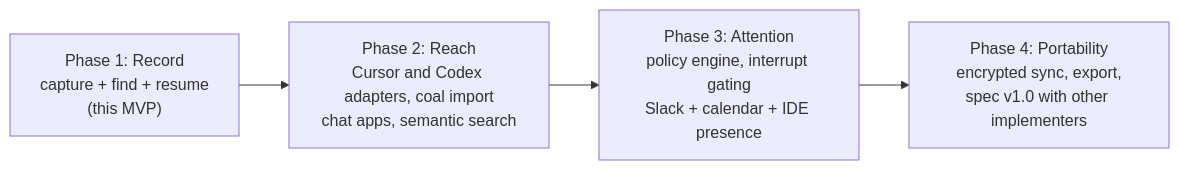
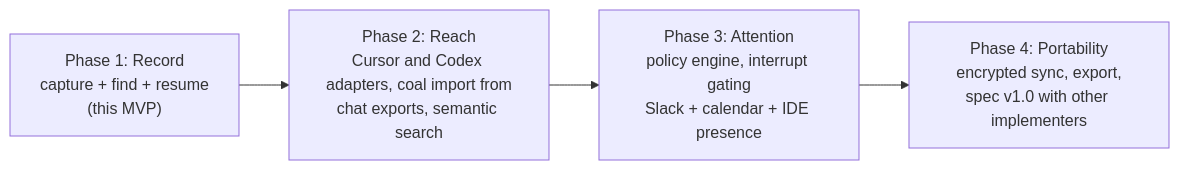
Before and after one commit to calebtonn/coal: the seventh of 7 diagrams in docs/03-ARCHITECTURE.md, drawn with Mermaid. The commit also changed other lines of this file and 12 other files, not shown here.

````diff
--- a/docs/03-ARCHITECTURE.md
+++ b/docs/03-ARCHITECTURE.md
@@ -245,8 +245,8 @@
 ```mermaid
 flowchart LR
     P1["Phase 1: Record<br/>capture + find + resume<br/>(this MVP)"]
-    P2["Phase 2: Reach<br/>Cursor and Codex adapters, coal import<br/>chat apps, semantic search"]
+    P2["Phase 2: Reach<br/>Cursor and Codex adapters, coal import from<br/>chat exports, semantic search"]
     P3["Phase 3: Attention<br/>policy engine, interrupt gating<br/>Slack + calendar + IDE presence"]
     P4["Phase 4: Portability<br/>encrypted sync, export,<br/>spec v1.0 with other implementers"]
     P1 --> P2 --> P3 --> P4
 ```
````
